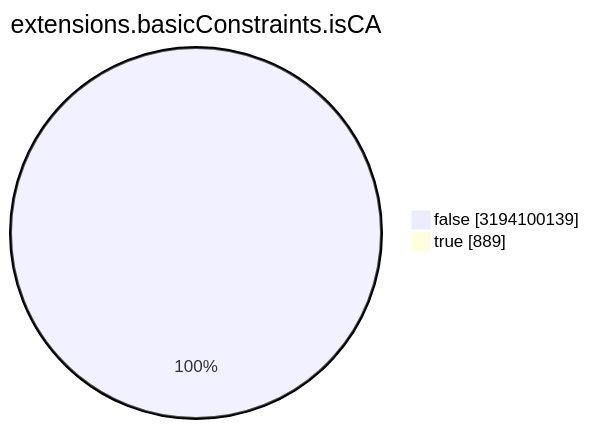
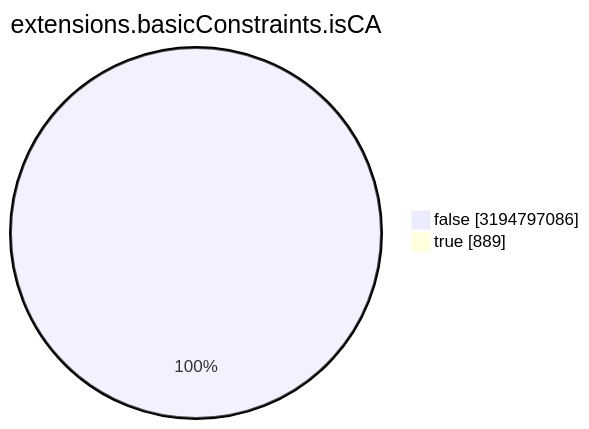
Before and after one commit to christiankrug/ctmonitor_visualization: the seventh of 15 diagrams in TOTAL/README.md, drawn with Mermaid. The commit also changed other lines of this file, not shown here.

````diff
--- a/TOTAL/README.md
+++ b/TOTAL/README.md
@@ -3088,6 +3088,6 @@
 ```mermaid
 pie showData
 title extensions.basicConstraints.isCA
-"false" :3194100139
+"false" :3194797086
 "true" :889
 ```
````
